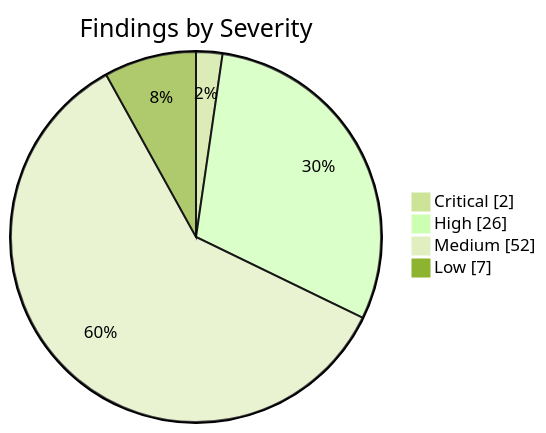
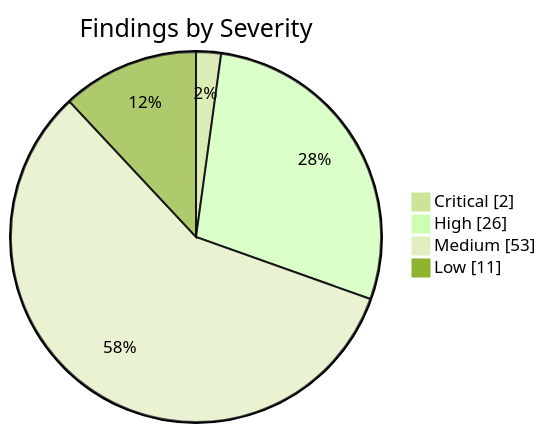
The first of 2 diagrams in apps/kbve/astro-kbve/src/content/docs/dashboard/security.mdx (KBVE/kbve), drawn with Mermaid (forest theme) before and after one commit. The commit also changed other lines of this file and 8 other files, not shown here.

````diff
--- a/apps/kbve/astro-kbve/src/content/docs/dashboard/security.mdx
+++ b/apps/kbve/astro-kbve/src/content/docs/dashboard/security.mdx
@@ -62,8 +62,8 @@
 ```mermaid
 pie showData
     title Findings by Severity
     "Critical" : 2
     "High" : 26
-    "Medium" : 52
-    "Low" : 7
+    "Medium" : 53
+    "Low" : 11
 ```
````
